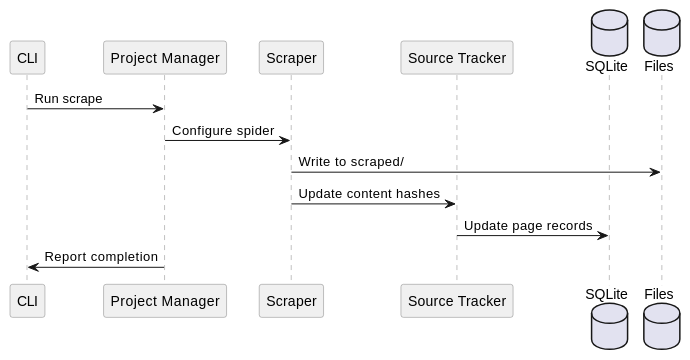
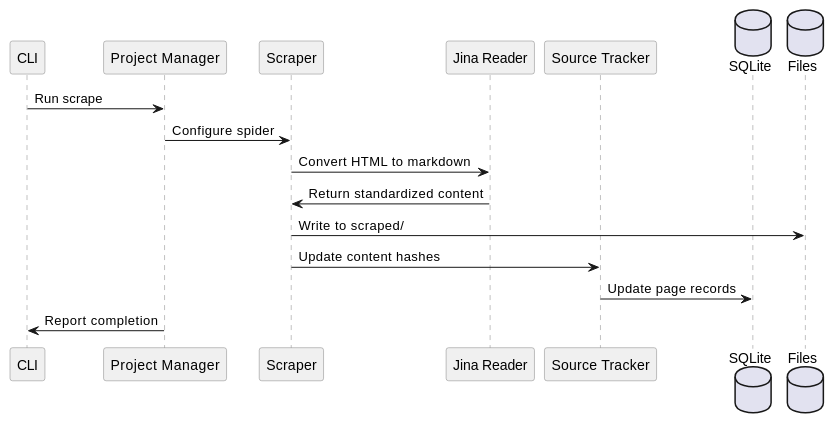
Before and after one commit to olafgeibig/meta-prompter: the fourth of 7 diagrams in specs/project.md, drawn with PlantUML. The commit also changed other lines of this file and 1 other file, not shown here.

````diff
--- a/specs/project.md
+++ b/specs/project.md
@@ -184,24 +219,27 @@
 ```plantuml
 @startuml
 skinparam backgroundColor #FFFFFF
 skinparam sequence {
     LifeLineBorderColor #808080
     ParticipantBorderColor #808080
     ParticipantBackgroundColor #F0F0F0
 }
 
 participant "CLI" as CLI
 participant "Project Manager" as PM
 participant "Scraper" as SC
+participant "Jina Reader" as JR
 participant "Source Tracker" as ST
 database "SQLite" as DB
 database "Files" as FS
 
 CLI -> PM: Run scrape
 PM -> SC: Configure spider
+SC -> JR: Convert HTML to markdown
+JR -> SC: Return standardized content
 SC -> FS: Write to scraped/
 SC -> ST: Update content hashes
 ST -> DB: Update page records
 PM -> CLI: Report completion
 @enduml
 ```
````
